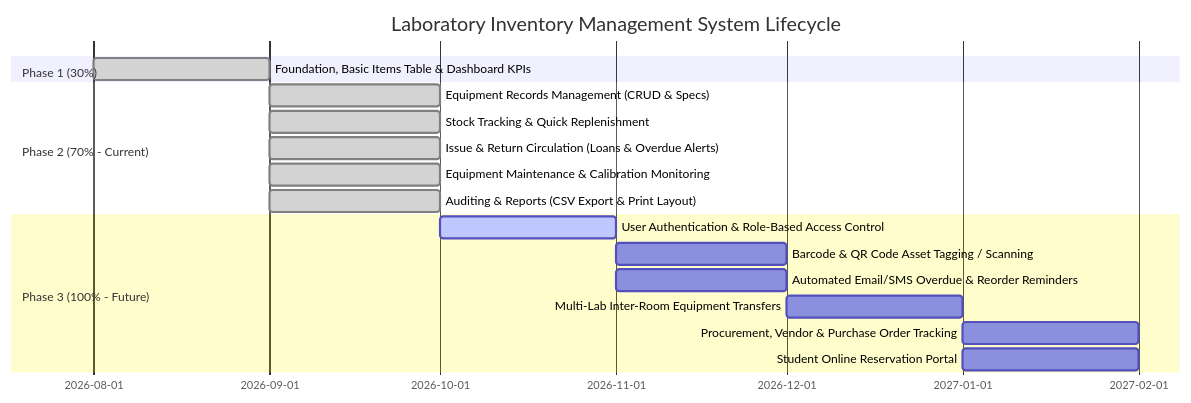
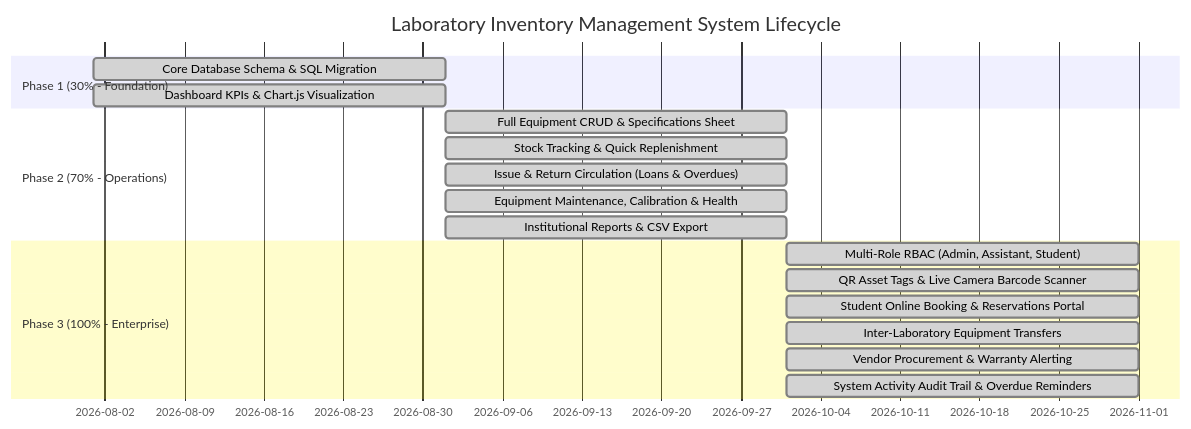
One commit to Prajwal-2307/lab-inventory-management changed the first of 2 diagrams in WALKTHROUGH.md. Above: the diagram before and after it, drawn with Mermaid. The commit also changed other lines of this file and 29 other files, not shown here.

Commit message:
feat: complete Phase 3 & 4 - Reservations, Multi-Lab Transfers, Procurement & Vendors, Audit Logs, and QR Scanning

````diff
--- a/WALKTHROUGH.md
+++ b/WALKTHROUGH.md
@@ -22,20 +22,21 @@
 ```mermaid
 gantt
     title Laboratory Inventory Management System Lifecycle
     dateFormat  YYYY-MM
-    section Phase 1 (30%)
-    Foundation, Basic Items Table & Dashboard KPIs    :done, p1, 2026-08, 2026-09
-    section Phase 2 (70% - Current)
-    Equipment Records Management (CRUD & Specs)        :done, p2_1, 2026-09, 2026-10
-    Stock Tracking & Quick Replenishment               :done, p2_2, 2026-09, 2026-10
-    Issue & Return Circulation (Loans & Overdue Alerts):done, p2_3, 2026-09, 2026-10
-    Equipment Maintenance & Calibration Monitoring     :done, p2_4, 2026-09, 2026-10
-    Auditing & Reports (CSV Export & Print Layout)     :done, p2_5, 2026-09, 2026-10
-    section Phase 3 (100% - Future)
-    User Authentication & Role-Based Access Control    :active, p3_1, 2026-10, 2026-11
-    Barcode & QR Code Asset Tagging / Scanning         :p3_2, 2026-11, 2026-12
-    Automated Email/SMS Overdue & Reorder Reminders    :p3_3, 2026-11, 2026-12
-    Multi-Lab Inter-Room Equipment Transfers           :p3_4, 2026-12, 2027-01
-    Procurement, Vendor & Purchase Order Tracking      :p3_5, 2027-01, 2027-02
-    Student Online Reservation Portal                  :p3_6, 2027-01, 2027-02
+    section Phase 1 (30% - Foundation)
+    Core Database Schema & SQL Migration             :done, p1_1, 2026-08, 2026-09
+    Dashboard KPIs & Chart.js Visualization          :done, p1_2, 2026-08, 2026-09
+    section Phase 2 (70% - Operations)
+    Full Equipment CRUD & Specifications Sheet       :done, p2_1, 2026-09, 2026-10
+    Stock Tracking & Quick Replenishment             :done, p2_2, 2026-09, 2026-10
+    Issue & Return Circulation (Loans & Overdues)   :done, p2_3, 2026-09, 2026-10
+    Equipment Maintenance, Calibration & Health      :done, p2_4, 2026-09, 2026-10
+    Institutional Reports & CSV Export               :done, p2_5, 2026-09, 2026-10
+    section Phase 3 (100% - Enterprise)
+    Multi-Role RBAC (Admin, Assistant, Student)     :done, p3_1, 2026-10, 2026-11
+    QR Asset Tags & Live Camera Barcode Scanner      :done, p3_2, 2026-10, 2026-11
+    Student Online Booking & Reservations Portal     :done, p3_3, 2026-10, 2026-11
+    Inter-Laboratory Equipment Transfers             :done, p3_4, 2026-10, 2026-11
+    Vendor Procurement & Warranty Alerting           :done, p3_5, 2026-10, 2026-11
+    System Activity Audit Trail & Overdue Reminders :done, p3_6, 2026-10, 2026-11
 ```
````
